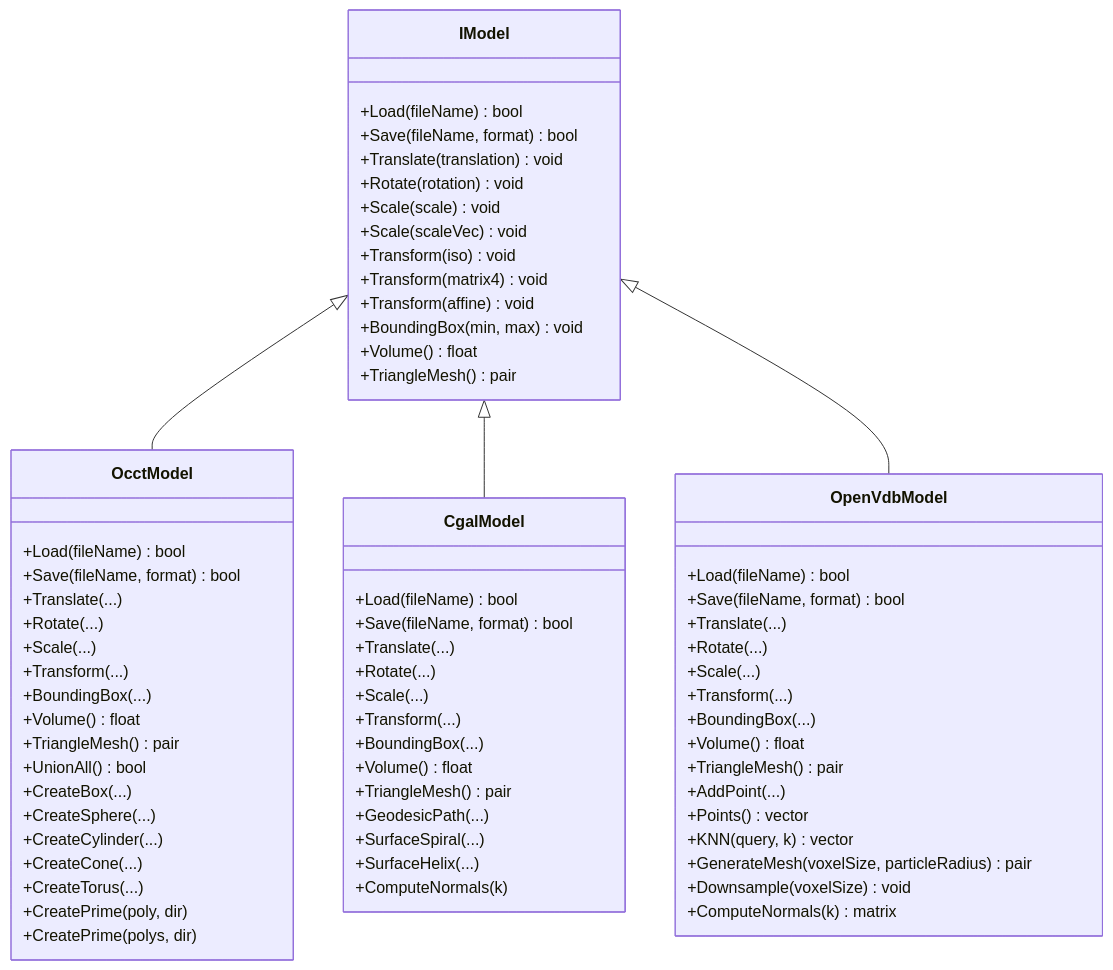
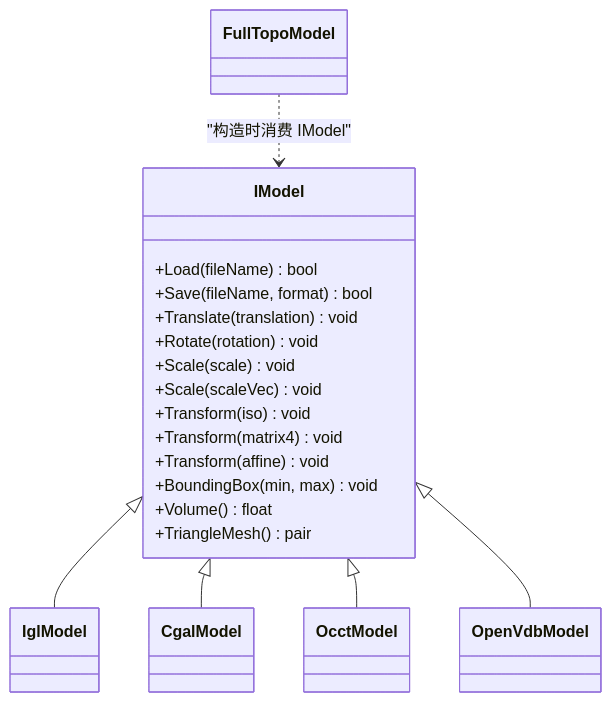
Before and after one commit to hsmbanlance/HsBaSlicer: the second of 12 diagrams in .qoder/repowiki/zh/content/核心概念/模型抽象接口/模型抽象接口.md, drawn with Mermaid. The commit also changed other lines of this file and 1135 other files, not shown here.

````diff
--- a/.qoder/repowiki/zh/content/核心概念/模型抽象接口/模型抽象接口.md
+++ b/.qoder/repowiki/zh/content/核心概念/模型抽象接口/模型抽象接口.md
@@ -87,71 +89,27 @@
 ```mermaid
 classDiagram
 class IModel {
 +Load(fileName) bool
 +Save(fileName, format) bool
 +Translate(translation) void
 +Rotate(rotation) void
 +Scale(scale) void
 +Scale(scaleVec) void
 +Transform(iso) void
 +Transform(matrix4) void
 +Transform(affine) void
 +BoundingBox(min, max) void
 +Volume() float
 +TriangleMesh() pair
 }
-class OcctModel {
-+Load(fileName) bool
-+Save(fileName, format) bool
-+Translate(...)
-+Rotate(...)
-+Scale(...)
-+Transform(...)
-+BoundingBox(...)
-+Volume() float
-+TriangleMesh() pair
-+UnionAll() bool
-+CreateBox(...)
-+CreateSphere(...)
-+CreateCylinder(...)
-+CreateCone(...)
-+CreateTorus(...)
-+CreatePrime(poly, dir)
-+CreatePrime(polys, dir)
-}
-class CgalModel {
-+Load(fileName) bool
-+Save(fileName, format) bool
-+Translate(...)
-+Rotate(...)
-+Scale(...)
-+Transform(...)
-+BoundingBox(...)
-+Volume() float
-+TriangleMesh() pair
-+GeodesicPath(...)
-+SurfaceSpiral(...)
-+SurfaceHelix(...)
-+ComputeNormals(k)
-}
-class OpenVdbModel {
-+Load(fileName) bool
-+Save(fileName, format) bool
-+Translate(...)
-+Rotate(...)
-+Scale(...)
-+Transform(...)
-+BoundingBox(...)
-+Volume() float
-+TriangleMesh() pair
-+AddPoint(...)
-+Points() vector
-+KNN(query, k) vector
-+GenerateMesh(voxelSize, particleRadius) pair
-+Downsample(voxelSize) void
-+ComputeNormals(k) matrix
-}
+class IglModel
+class CgalModel
+class OcctModel
+class OpenVdbModel
+class FullTopoModel
+IModel <|-- IglModel
+IModel <|-- CgalModel
 IModel <|-- OcctModel
-IModel <|-- CgalModel
 IModel <|-- OpenVdbModel
+FullTopoModel ..> IModel : "构造时消费 IModel"
 ```
````
